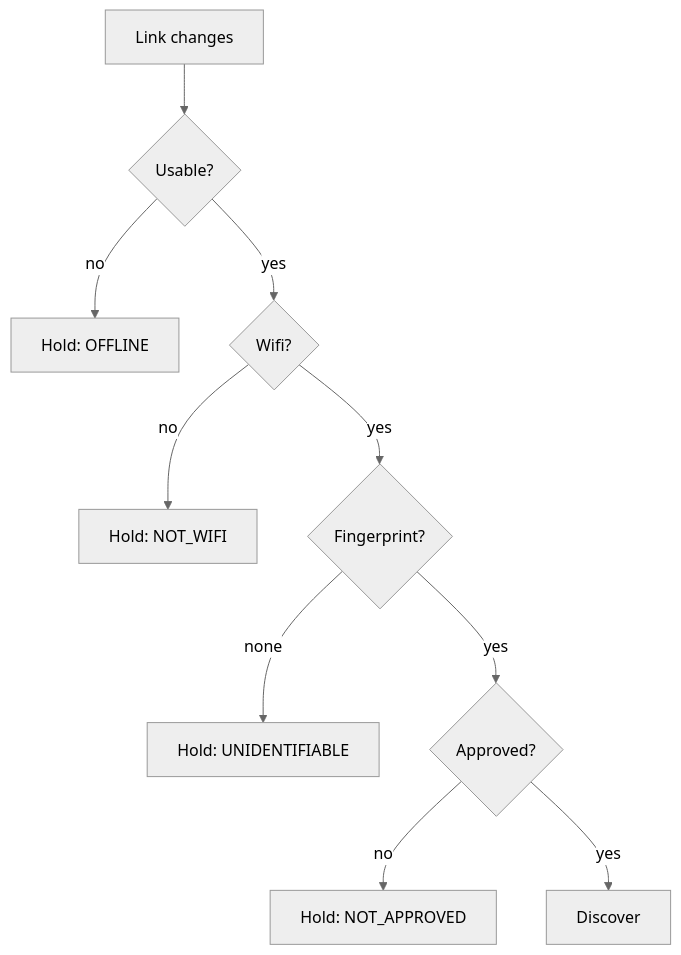
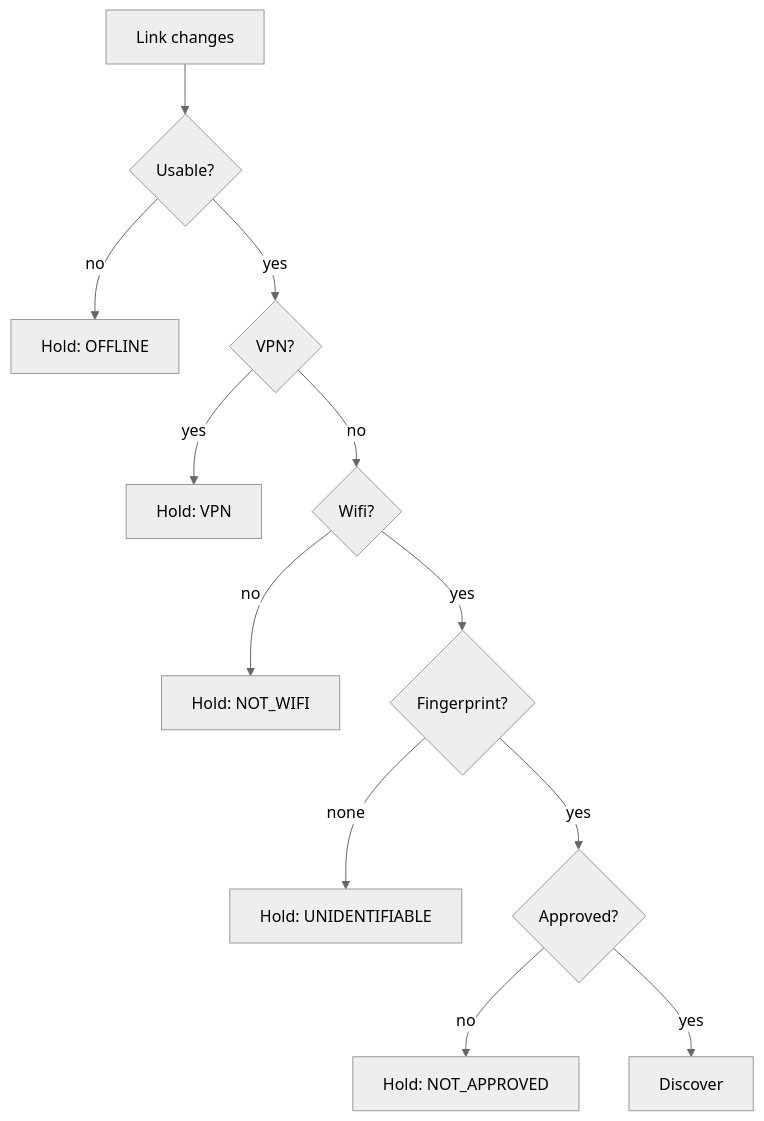
One commit to MolleWare/porygonlist changed the third of 6 diagrams in docs/ARCHITECTURE.md. Above: the diagram before and after it, drawn with Mermaid (neutral theme). The commit also changed other lines of this file and 5 other files, not shown here.

First line of the commit message:
Hold discovery while a VPN is up, and say so

````diff
--- a/docs/ARCHITECTURE.md
+++ b/docs/ARCHITECTURE.md
@@ -114,12 +114,14 @@
 ```mermaid
 flowchart TD
   A[Link changes] --> B{Usable?}
   B -->|no| H1[Hold: OFFLINE]
-  B -->|yes| C{Wifi?}
+  B -->|yes| V{VPN?}
+  V -->|yes| H5[Hold: VPN]
+  V -->|no| C{Wifi?}
   C -->|no| H2[Hold: NOT_WIFI]
   C -->|yes| D{Fingerprint?}
   D -->|none| H3[Hold: UNIDENTIFIABLE]
   D -->|yes| E{Approved?}
   E -->|no| H4[Hold: NOT_APPROVED]
   E -->|yes| F[Discover]
 ```
````
